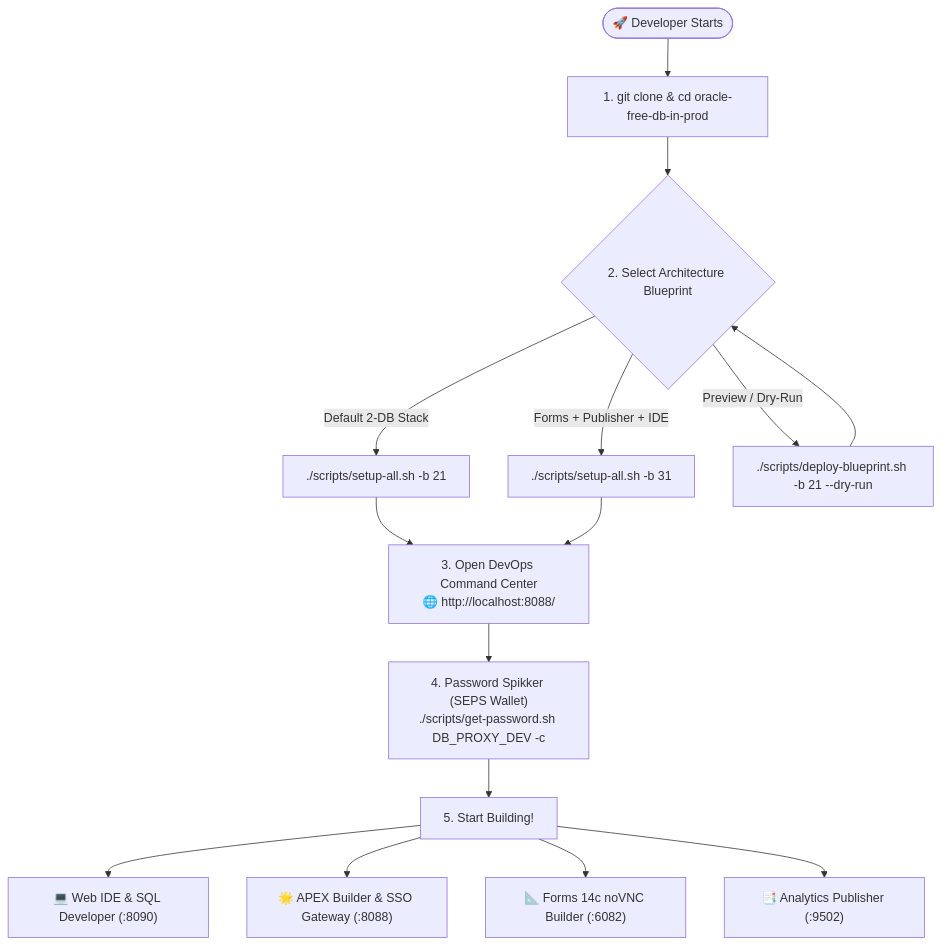
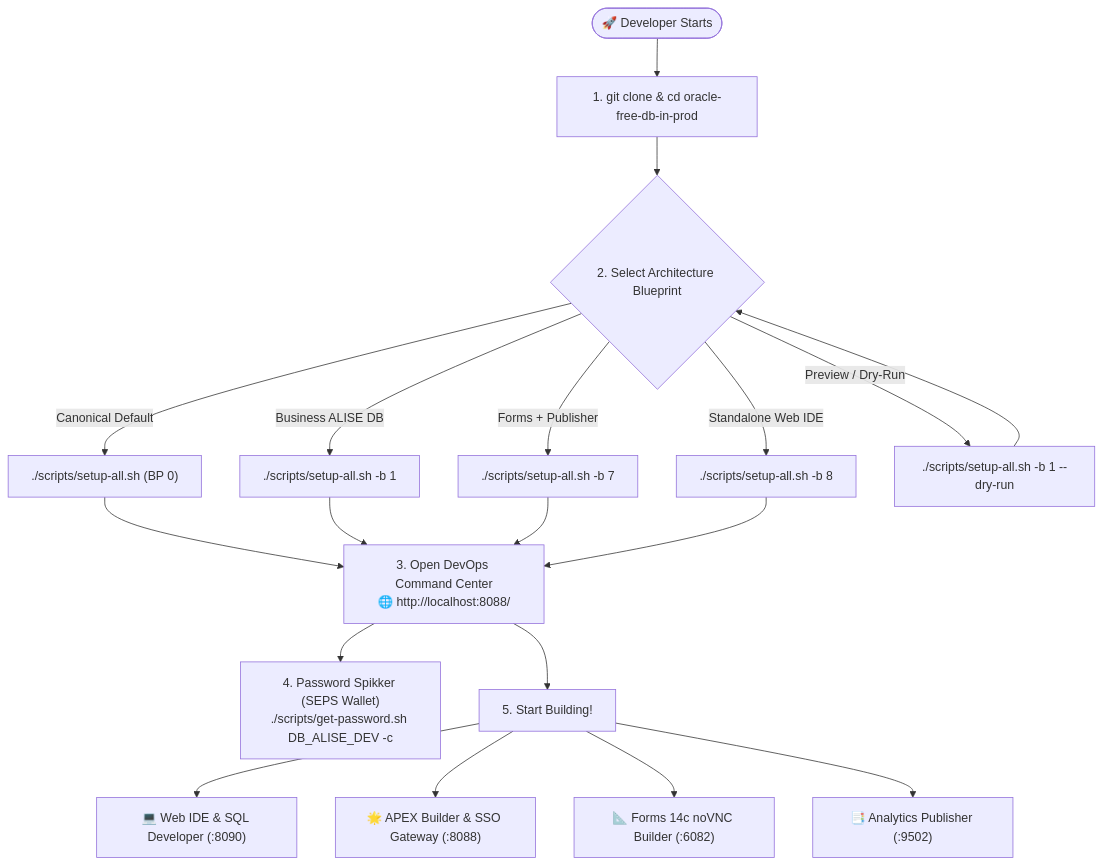
Before and after one commit to alahe/oracle-devops-platform: the first of 2 diagrams in README.md, drawn with Mermaid. The commit also changed other lines of this file and 491 other files, not shown here.

````diff
--- a/README.md
+++ b/README.md
@@ -26,21 +29,25 @@
 ```mermaid
 flowchart TD
     Start(["🚀 Developer Starts"]) --> Clone["1. git clone & cd oracle-free-db-in-prod"]
     Clone --> ChooseBP{"2. Select Architecture Blueprint"}
     
-    ChooseBP -->|Default 2-DB Stack| BP21["./scripts/setup-all.sh -b 21"]
-    ChooseBP -->|Forms + Publisher + IDE| BP31["./scripts/setup-all.sh -b 31"]
-    ChooseBP -->|Preview / Dry-Run| BPDry["./scripts/deploy-blueprint.sh -b 21 --dry-run"]
+    ChooseBP -->|Canonical Default| BP0["./scripts/setup-all.sh (BP 0)"]
+    ChooseBP -->|Business ALISE DB| BP1["./scripts/setup-all.sh -b 1"]
+    ChooseBP -->|Forms + Publisher| BP7["./scripts/setup-all.sh -b 7"]
+    ChooseBP -->|Standalone Web IDE| BP8["./scripts/setup-all.sh -b 8"]
+    ChooseBP -->|Preview / Dry-Run| BPDry["./scripts/setup-all.sh -b 1 --dry-run"]
     
-    BP21 --> DevHub["3. Open DevOps Command Center<br/>🌐 http://localhost:8088/"]
-    BP31 --> DevHub
+    BP0 --> DevHub["3. Open DevOps Command Center<br/>🌐 http://localhost:8088/"]
+    BP1 --> DevHub
+    BP7 --> DevHub
+    BP8 --> DevHub
     BPDry --> ChooseBP
     
-    DevHub --> PwdSpikker["4. Password Spikker (SEPS Wallet)<br/>./scripts/get-password.sh DB_PROXY_DEV -c"]
+    DevHub --> PwdSpikker["4. Password Spikker (SEPS Wallet)<br/>./scripts/get-password.sh DB_ALISE_DEV -c"]
     
-    PwdSpikker --> DevWork["5. Start Building!"]
+    DevHub --> DevWork["5. Start Building!"]
     DevWork --> WorkIDE["💻 Web IDE & SQL Developer (:8090)"]
     DevWork --> WorkAPEX["🌟 APEX Builder & SSO Gateway (:8088)"]
     DevWork --> WorkForms["📐 Forms 14c noVNC Builder (:6082)"]
     DevWork --> WorkPub["📑 Analytics Publisher (:9502)"]
 ```
````
